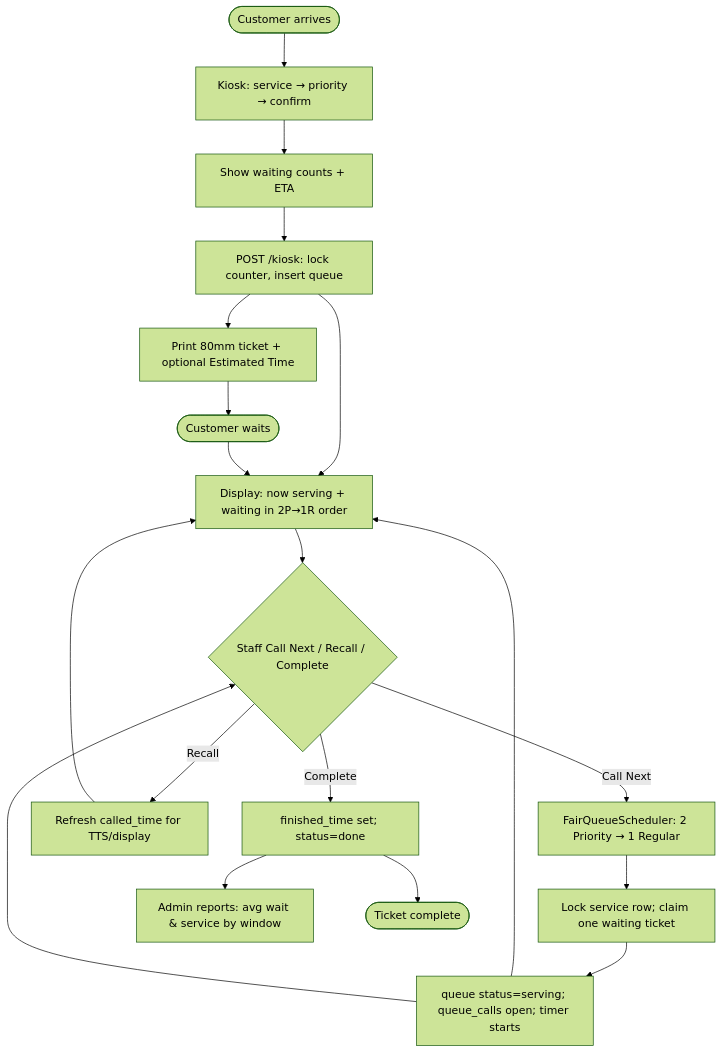
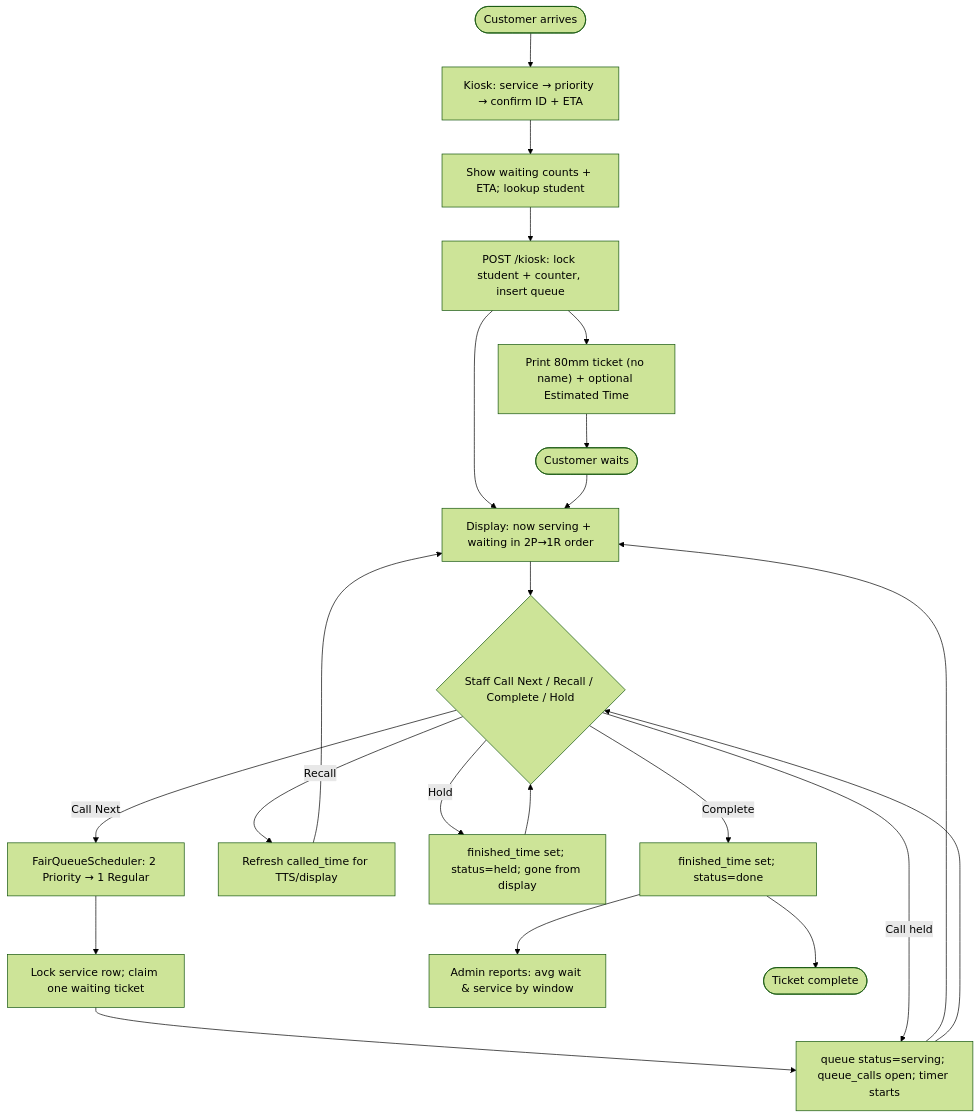
The second of 2 diagrams in README.md (rhems95/queuing-system), drawn with Mermaid (forest theme) before and after one commit. The commit also changed other lines of this file and 31 other files, not shown here.

First line of the commit message:
Add student ID confirm, Hold, and window-scoped cashier serving.

````diff
--- a/README.md
+++ b/README.md
@@ -303,23 +317,26 @@
 ```mermaid
 flowchart TD
-    Start([Customer arrives]) --> Kiosk["Kiosk: service → priority → confirm"]
-    Kiosk --> Est["Show waiting counts + ETA"]
-    Est --> Issue["POST /kiosk: lock counter, insert queue"]
-    Issue --> Print["Print 80mm ticket + optional Estimated Time"]
+    Start([Customer arrives]) --> Kiosk["Kiosk: service → priority → confirm ID + ETA"]
+    Kiosk --> Est["Show waiting counts + ETA; lookup student"]
+    Est --> Issue["POST /kiosk: lock student + counter, insert queue"]
+    Issue --> Print["Print 80mm ticket (no name) + optional Estimated Time"]
     Print --> Wait([Customer waits])
 
     Issue --> Display["Display: now serving + waiting in 2P→1R order"]
     Wait --> Display
 
-    Display --> Staff{"Staff Call Next / Recall / Complete"}
+    Display --> Staff{"Staff Call Next / Recall / Complete / Hold"}
     Staff -->|Call Next| Fair["FairQueueScheduler: 2 Priority → 1 Regular"]
     Fair --> Lock["Lock service row; claim one waiting ticket"]
     Lock --> Serving["queue status=serving; queue_calls open; timer starts"]
     Serving --> Display
     Serving --> Staff
     Staff -->|Recall| Reannounce["Refresh called_time for TTS/display"]
     Reannounce --> Display
+    Staff -->|Hold| Held["finished_time set; status=held; gone from display"]
+    Held --> Staff
+    Staff -->|Call held| Serving
     Staff -->|Complete| Done["finished_time set; status=done"]
     Done --> Reports["Admin reports: avg wait & service by window"]
     Done --> End([Ticket complete])
 ```
````
